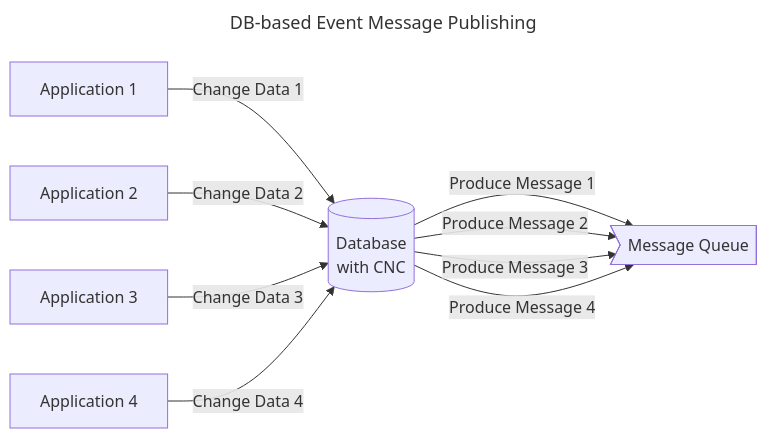
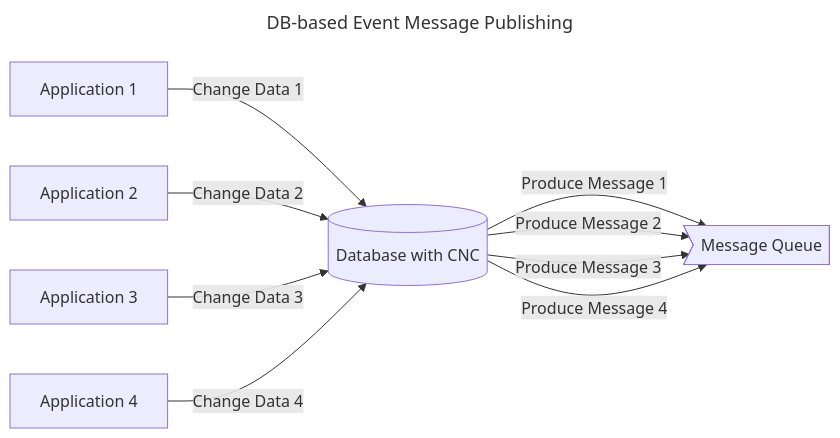
Before and after one commit to choesimin/choesimin.github.io: the third of 3 diagrams in collections/_skills/technology/cdc.md, drawn with Mermaid. The commit also changed other lines of this file, not shown here.

````diff
--- a/collections/_skills/technology/cdc.md
+++ b/collections/_skills/technology/cdc.md
@@ -103,23 +103,23 @@
 ```mermaid
 ---
 title: DB-based Event Message Publishing
 ---
 flowchart LR
     app1[Application 1]
     app2[Application 2]
     app3[Application 3]
     app4[Application 4]
 
-    db[(Database\nwith CNC)]
+    db[(Database with CNC)]
     queue>Message Queue]
 
     app1 -- "Change Data 1" --> db
     app2 -- "Change Data 2" --> db
     app3 -- "Change Data 3" --> db
     app4 -- "Change Data 4" --> db
 
     db -- "Produce Message 1" --> queue
     db -- "Produce Message 2" --> queue
     db -- "Produce Message 3" --> queue
     db -- "Produce Message 4" --> queue
 ```
````
